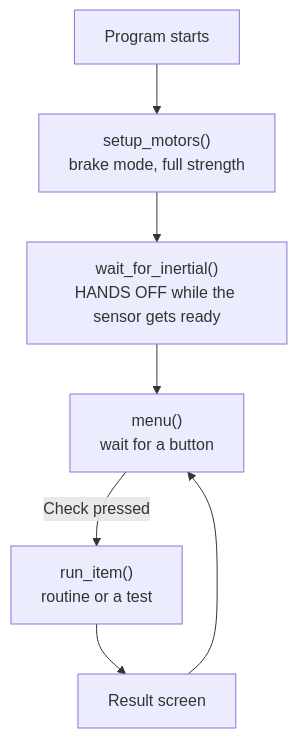
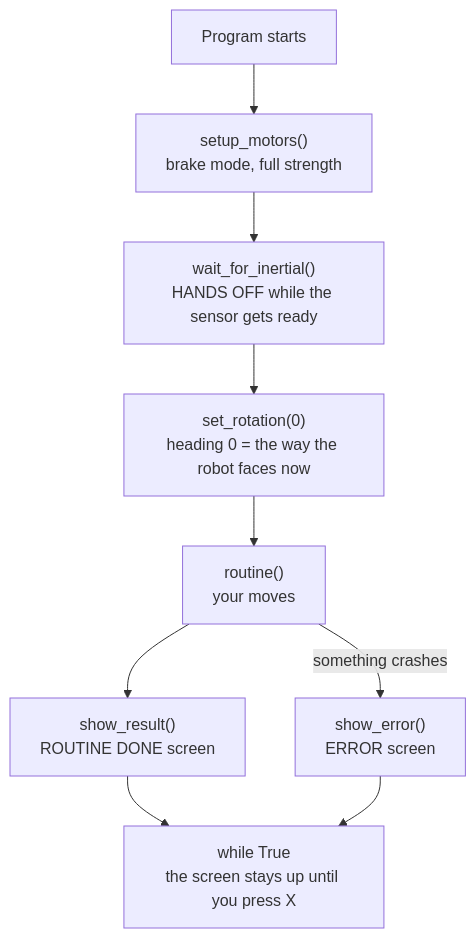
Before and after one commit to steeevan/530vex: the diagram in docs/lessons/01-big-picture.md, drawn with Mermaid. The commit also changed other lines of this file and 12 other files, not shown here.

First line of the commit message:
Run the routine at start (no menu) with the team's latest routine

````diff
--- a/docs/lessons/01-big-picture.md
+++ b/docs/lessons/01-big-picture.md
@@ -118,9 +151,11 @@
 ```mermaid
 flowchart TD
     A["Program starts"] --> B["setup_motors()<br/>brake mode, full strength"]
     B --> C["wait_for_inertial()<br/>HANDS OFF while the sensor gets ready"]
-    C --> D["menu()<br/>wait for a button"]
-    D -->|"Check pressed"| E["run_item()<br/>routine or a test"]
-    E --> F["Result screen"]
-    F --> D
+    C --> D["set_rotation(0)<br/>heading 0 = the way the robot faces now"]
+    D --> E["routine()<br/>your moves"]
+    E --> F["show_result()<br/>ROUTINE DONE screen"]
+    E -->|"something crashes"| G["show_error()<br/>ERROR screen"]
+    F --> H["while True<br/>the screen stays up until you press X"]
+    G --> H
 ```
````
